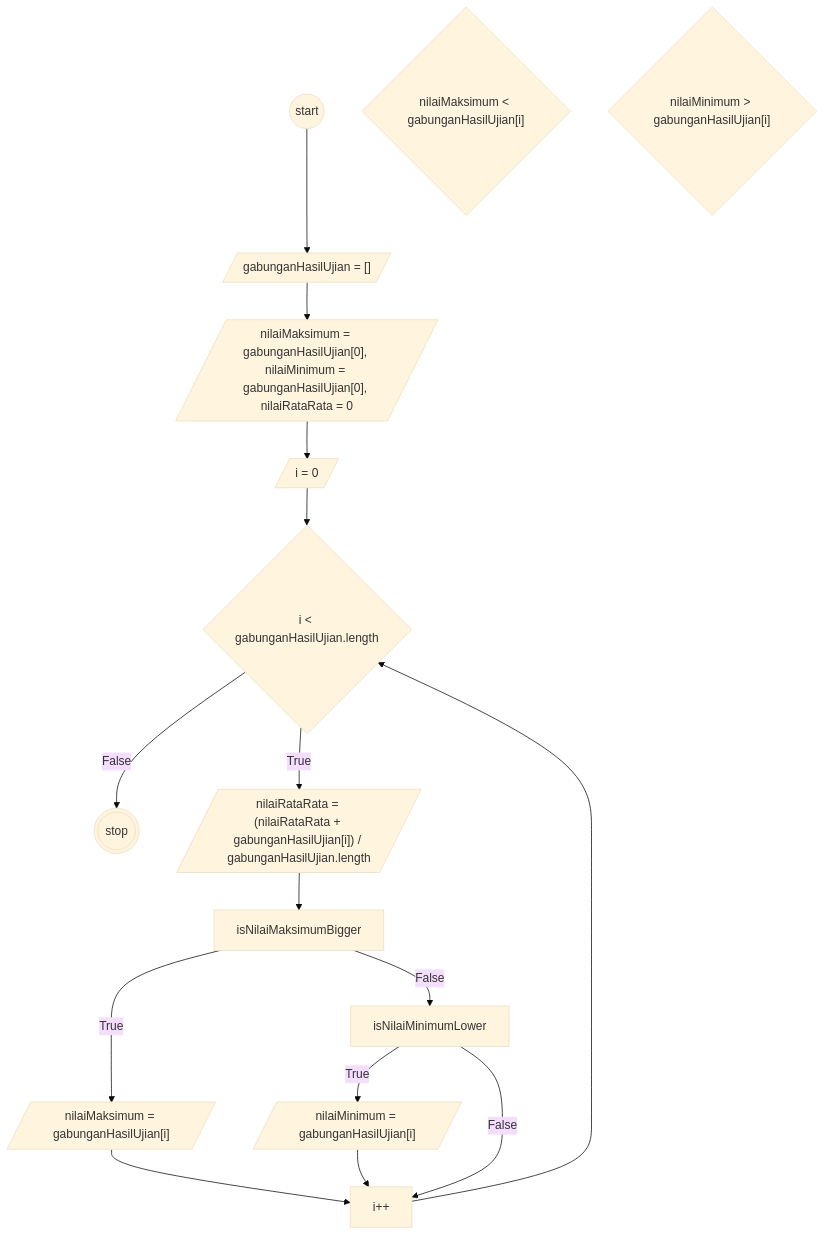
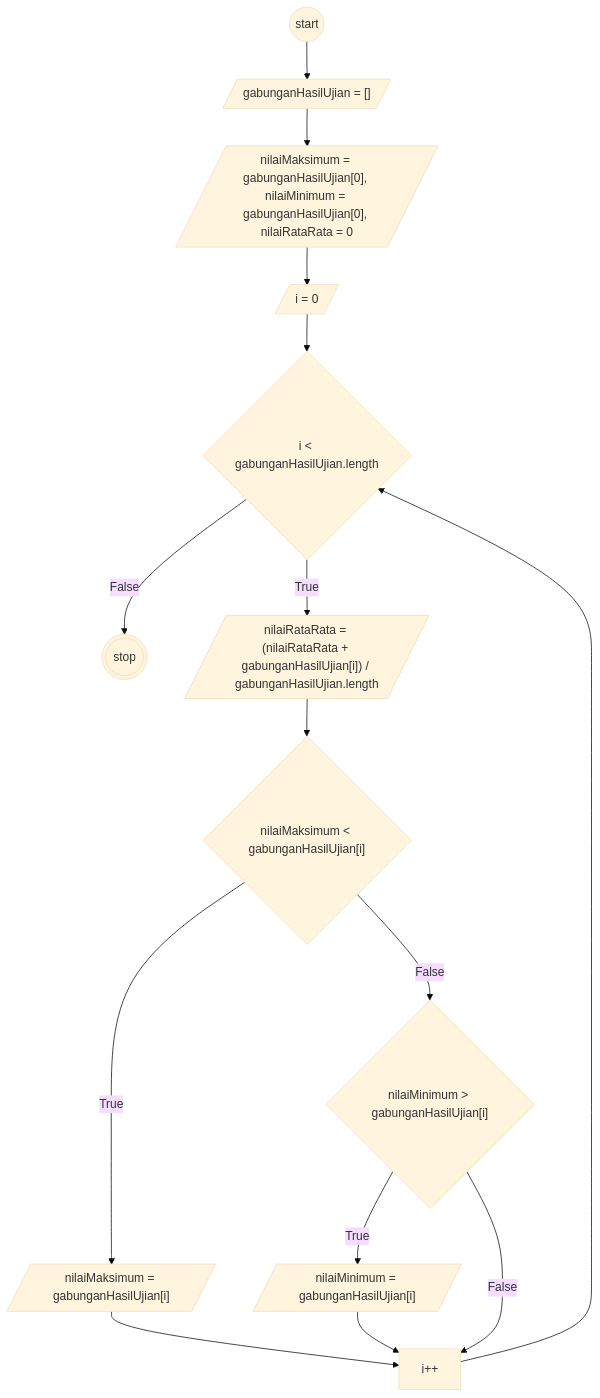
The diagram in flowchart-nilai-maksimum-minimum-rata-rata.md (Arif14377/koda-b6-javascript2), drawn with Mermaid (base theme) before and after one commit.

````diff
--- a/flowchart-nilai-maksimum-minimum-rata-rata.md
+++ b/flowchart-nilai-maksimum-minimum-rata-rata.md
@@ -3,32 +3,32 @@
 ```mermaid
 flowchart TD
 start@{shape: circle, label: "start"}
 input@{shape: lean-r, label: "gabunganHasilUjian = []"}
 input2@{shape: lean-r, label: "nilaiMaksimum = gabunganHasilUjian[0], nilaiMinimum = gabunganHasilUjian[0], nilaiRataRata = 0"}
 initLoop@{shape: lean-r, label: "i = 0"}
 conditionLoop@{shape: diamond, label: "i < gabunganHasilUjian.length"}
 isNilaiMaksimumLower@{shape: diamond, label: "nilaiMaksimum < gabunganHasilUjian[i]"}
 nilaiMaksimum@{shape: lean-r, label: "nilaiMaksimum = gabunganHasilUjian[i]"}
 pengubah@{shape: rect, label: i++}
 stop@{shape: dbl-circ, label: "stop"}
 isNilaiMinimumBigger@{shape: diamond, label: "nilaiMinimum > gabunganHasilUjian[i]"}
 nilaiMinimum@{shape: lean-r, label: "nilaiMinimum = gabunganHasilUjian[i]"}
 nilaiRataRata@{shape: lean-r, label: "nilaiRataRata = (nilaiRataRata + gabunganHasilUjian[i]) / gabunganHasilUjian.length"}
 
 
 start-->input
 input-->input2
 input2-->initLoop
 initLoop-->conditionLoop
 conditionLoop--True-->nilaiRataRata
-nilaiRataRata-->isNilaiMaksimumBigger
+nilaiRataRata-->isNilaiMaksimumLower
 conditionLoop--False-->stop
-isNilaiMaksimumBigger--True-->nilaiMaksimum
+isNilaiMaksimumLower--True-->nilaiMaksimum
 nilaiMaksimum-->pengubah
 pengubah-->conditionLoop
-isNilaiMaksimumBigger--False-->isNilaiMinimumLower
-isNilaiMinimumLower--True-->nilaiMinimum
+isNilaiMaksimumLower--False-->isNilaiMinimumBigger
+isNilaiMinimumBigger--True-->nilaiMinimum
 nilaiMinimum-->pengubah
-isNilaiMinimumLower--False-->pengubah
+isNilaiMinimumBigger--False-->pengubah
 
 ```
````
